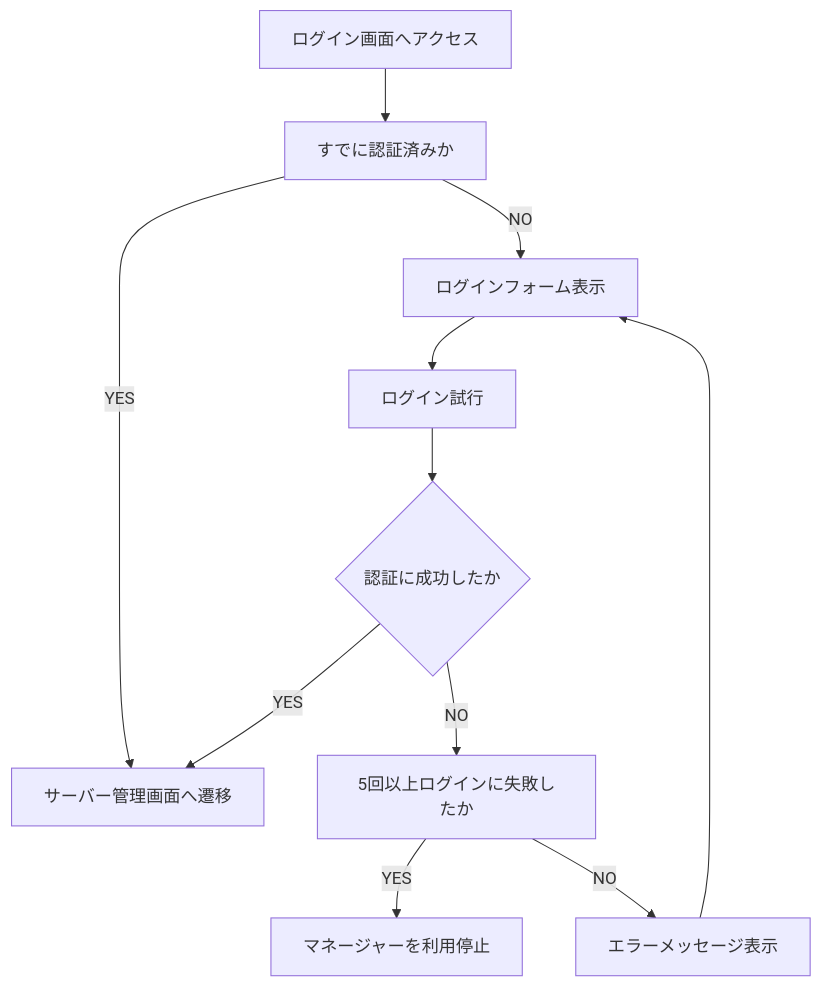
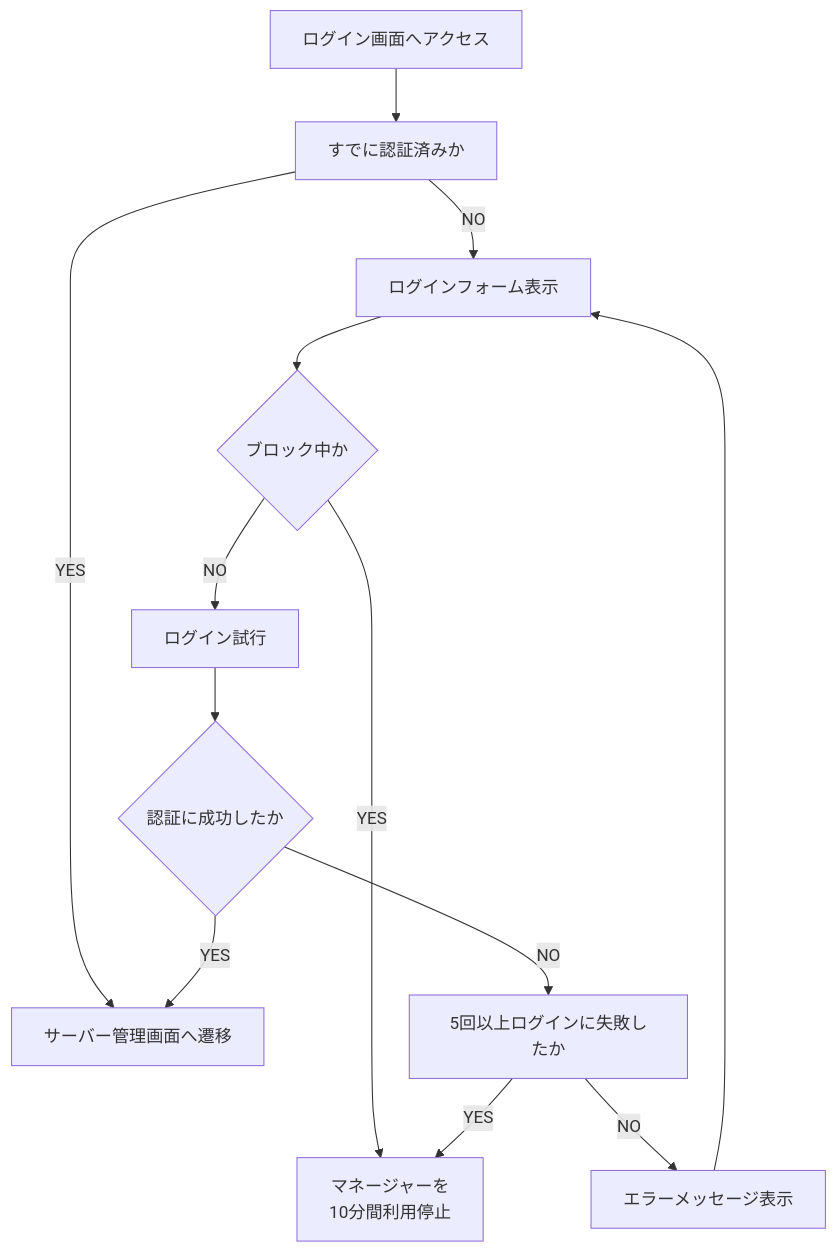
One commit to ichi-h/komoriuta changed the second of 9 diagrams in README.md. Above: the diagram before and after it, drawn with Mermaid. The commit also changed other lines of this file, not shown here.

````diff
--- a/README.md
+++ b/README.md
@@ -208,13 +208,15 @@
 ```mermaid
 graph TD
   Access[ログイン画面へアクセス] --> IsAlreadyVerified[すでに認証済みか]
   IsAlreadyVerified -- YES --> ToServersPage[サーバー管理画面へ遷移]
   IsAlreadyVerified -- NO --> ShowLoginForm[ログインフォーム表示]
-  ShowLoginForm --> Login[ログイン試行]
+  ShowLoginForm --> isBlocking{ブロック中か}
+  isBlocking -- YES --> Blocking
+  isBlocking -- NO --> Login[ログイン試行]
   Login --> IsVerified{認証に成功したか}
   IsVerified -- YES --> ToServersPage[サーバー管理画面へ遷移]
   IsVerified -- NO --> CheckFailedCount[5回以上ログインに失敗したか]
-  CheckFailedCount -- YES --> Block[マネージャーを利用停止]
+  CheckFailedCount -- YES --> Blocking[マネージャーを<br>10分間利用停止]
   CheckFailedCount -- NO --> ShowError[エラーメッセージ表示]
   ShowError --> ShowLoginForm
 ```
````
